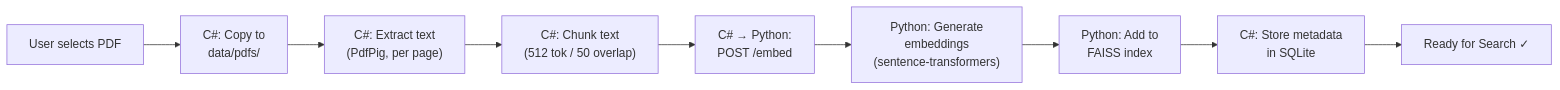
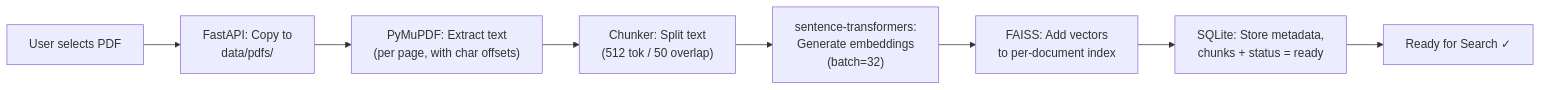
The second of 4 diagrams in docs/05_architecture.md (Ethan-da-Tech-Wizard/Quick_Guide), drawn with Mermaid before and after one commit. The commit also changed other lines of this file and 5 other files, not shown here.

````diff
--- a/docs/05_architecture.md
+++ b/docs/05_architecture.md
@@ -67,11 +64,10 @@
 ```mermaid
 flowchart LR
-    A["User selects PDF"] --> B["C#: Copy to<br/>data/pdfs/"]
-    B --> C["C#: Extract text<br/>(PdfPig, per page)"]
-    C --> D["C#: Chunk text<br/>(512 tok / 50 overlap)"]
-    D --> E["C# → Python:<br/>POST /embed"]
-    E --> F["Python: Generate<br/>embeddings<br/>(sentence-transformers)"]
-    F --> G["Python: Add to<br/>FAISS index"]
-    G --> H["C#: Store metadata<br/>in SQLite"]
-    H --> I["Ready for Search ✓"]
+    A["User selects PDF"] --> B["FastAPI: Copy to<br/>data/pdfs/"]
+    B --> C["PyMuPDF: Extract text<br/>(per page, with char offsets)"]
+    C --> D["Chunker: Split text<br/>(512 tok / 50 overlap)"]
+    D --> E["sentence-transformers:<br/>Generate embeddings<br/>(batch=32)"]
+    E --> F["FAISS: Add vectors<br/>to per-document index"]
+    F --> G["SQLite: Store metadata,<br/>chunks + status = ready"]
+    G --> H["Ready for Search ✓"]
 ```
````
